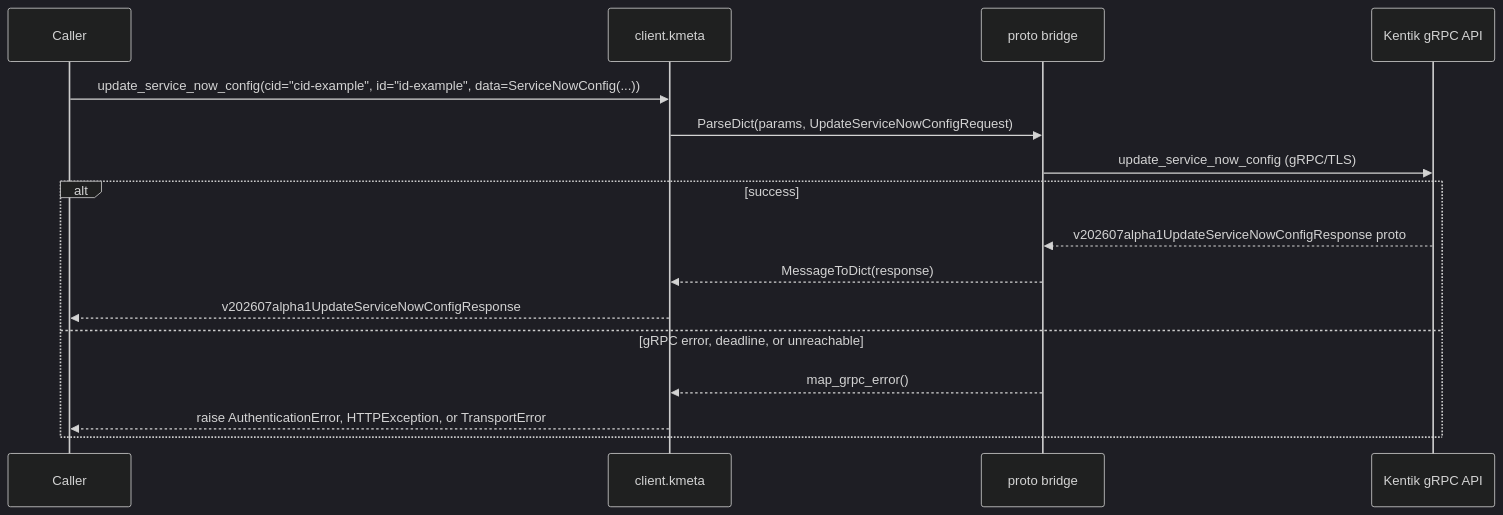
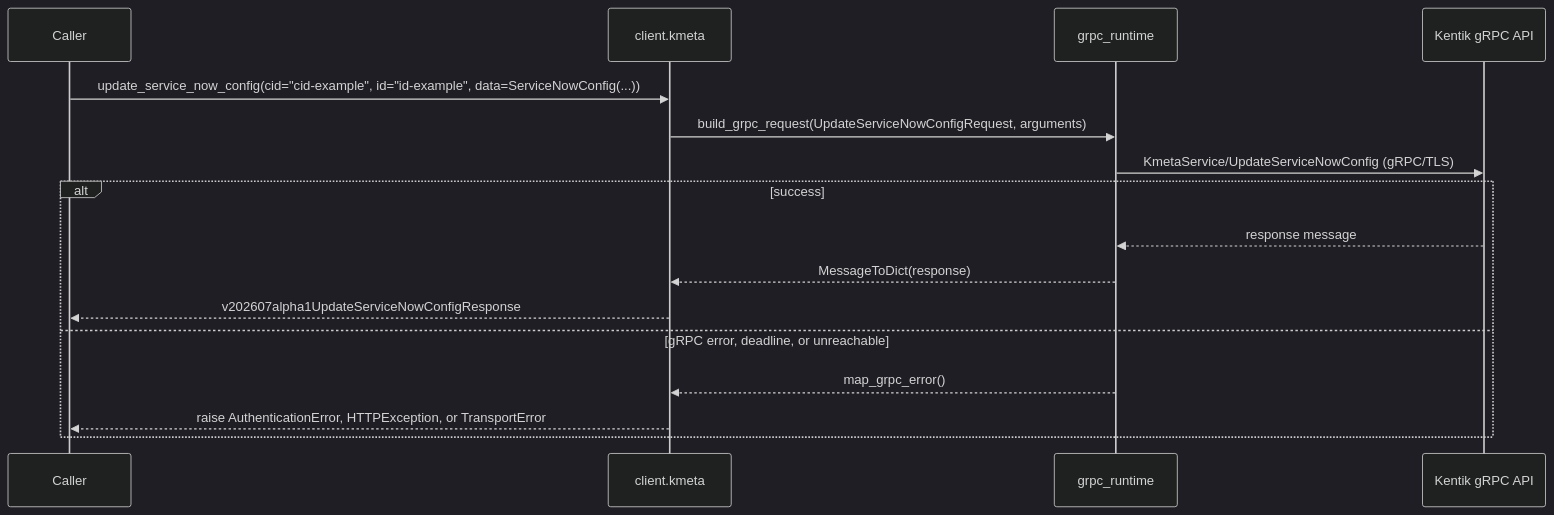
One commit to alexdearaujo/community_sdk_python changed the ninth of 12 diagrams in docs/sphinx/services/kmeta.md. Above: the diagram before and after it, drawn with Mermaid (dark theme). The commit also changed other lines of this file and 37 other files, not shown here.

First line of the commit message:
docs: show the real RPC in each service page's gRPC diagram

````diff
--- a/docs/sphinx/services/kmeta.md
+++ b/docs/sphinx/services/kmeta.md
@@ -291,19 +291,19 @@
 ```mermaid
 sequenceDiagram
     participant C as Caller
     participant W as client.kmeta
-    participant B as proto bridge
+    participant R as grpc_runtime
     participant API as Kentik gRPC API
 
     C->>W: update_service_now_config(cid="cid-example", id="id-example", data=ServiceNowConfig(...))
-    W->>B: ParseDict(params, UpdateServiceNowConfigRequest)
-    B->>API: update_service_now_config (gRPC/TLS)
+    W->>R: build_grpc_request(UpdateServiceNowConfigRequest, arguments)
+    R->>API: KmetaService/UpdateServiceNowConfig (gRPC/TLS)
     alt success
-        API-->>B: v202607alpha1UpdateServiceNowConfigResponse proto
-        B-->>W: MessageToDict(response)
+        API-->>R: response message
+        R-->>W: MessageToDict(response)
         W-->>C: v202607alpha1UpdateServiceNowConfigResponse
     else gRPC error, deadline, or unreachable
-        B-->>W: map_grpc_error()
+        R-->>W: map_grpc_error()
         W-->>C: raise AuthenticationError, HTTPException, or TransportError
     end
 ```
````
